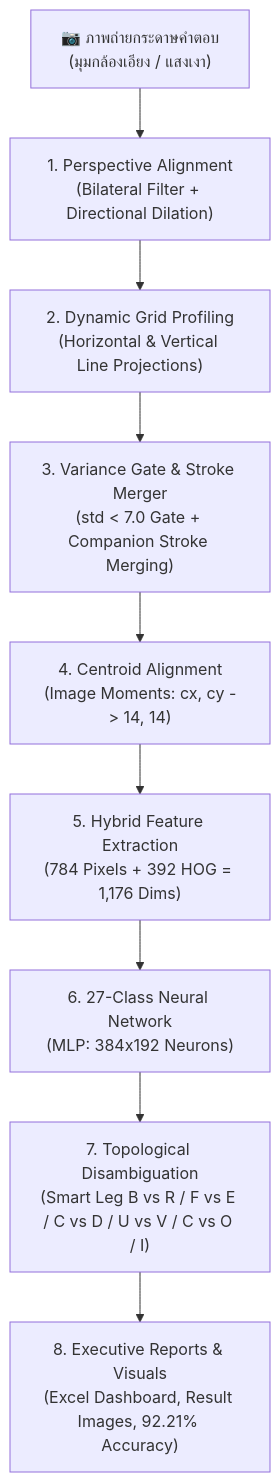
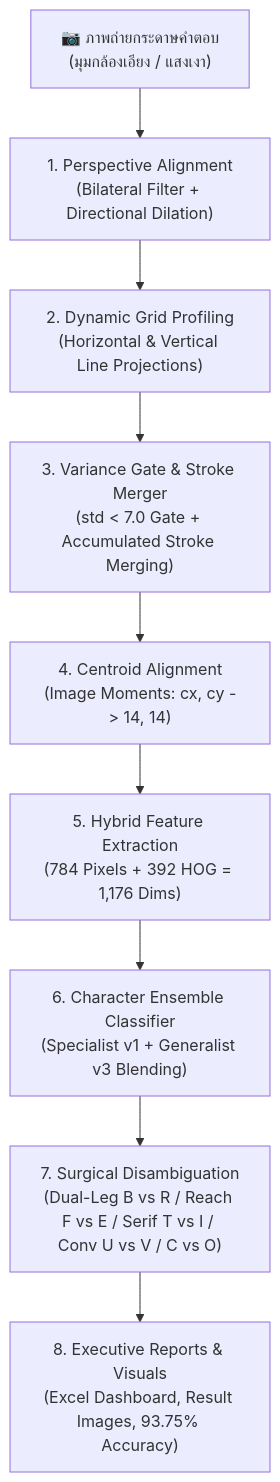
One commit to 67160213-ux/Project_CV changed the diagram in README.md. Above: the diagram before and after it, drawn with Mermaid. The commit also changed other lines of this file and 2 other files, not shown here.

````diff
--- a/README.md
+++ b/README.md
@@ -44,11 +46,11 @@
 ```mermaid
 graph TD
     A["📷 ภาพถ่ายกระดาษคำตอบ<br/>(มุมกล้องเอียง / แสงเงา)"] --> B["1. Perspective Alignment<br/>(Bilateral Filter + Directional Dilation)"]
     B --> C["2. Dynamic Grid Profiling<br/>(Horizontal & Vertical Line Projections)"]
-    C --> D["3. Variance Gate & Stroke Merger<br/>(std < 7.0 Gate + Companion Stroke Merging)"]
+    C --> D["3. Variance Gate & Stroke Merger<br/>(std < 7.0 Gate + Accumulated Stroke Merging)"]
     D --> E["4. Centroid Alignment<br/>(Image Moments: cx, cy -> 14, 14)"]
     E --> F["5. Hybrid Feature Extraction<br/>(784 Pixels + 392 HOG = 1,176 Dims)"]
-    F --> G["6. 27-Class Neural Network<br/>(MLP: 384x192 Neurons)"]
-    G --> H["7. Topological Disambiguation<br/>(Smart Leg B vs R / F vs E / C vs D / U vs V / C vs O / I)"]
-    H --> I["8. Executive Reports & Visuals<br/>(Excel Dashboard, Result Images, 92.21% Accuracy)"]
+    F --> G["6. Character Ensemble Classifier<br/>(Specialist v1 + Generalist v3 Blending)"]
+    G --> H["7. Surgical Disambiguation<br/>(Dual-Leg B vs R / Reach F vs E / Serif T vs I / Conv U vs V / C vs O)"]
+    H --> I["8. Executive Reports & Visuals<br/>(Excel Dashboard, Result Images, 93.75% Accuracy)"]
 ```
````
